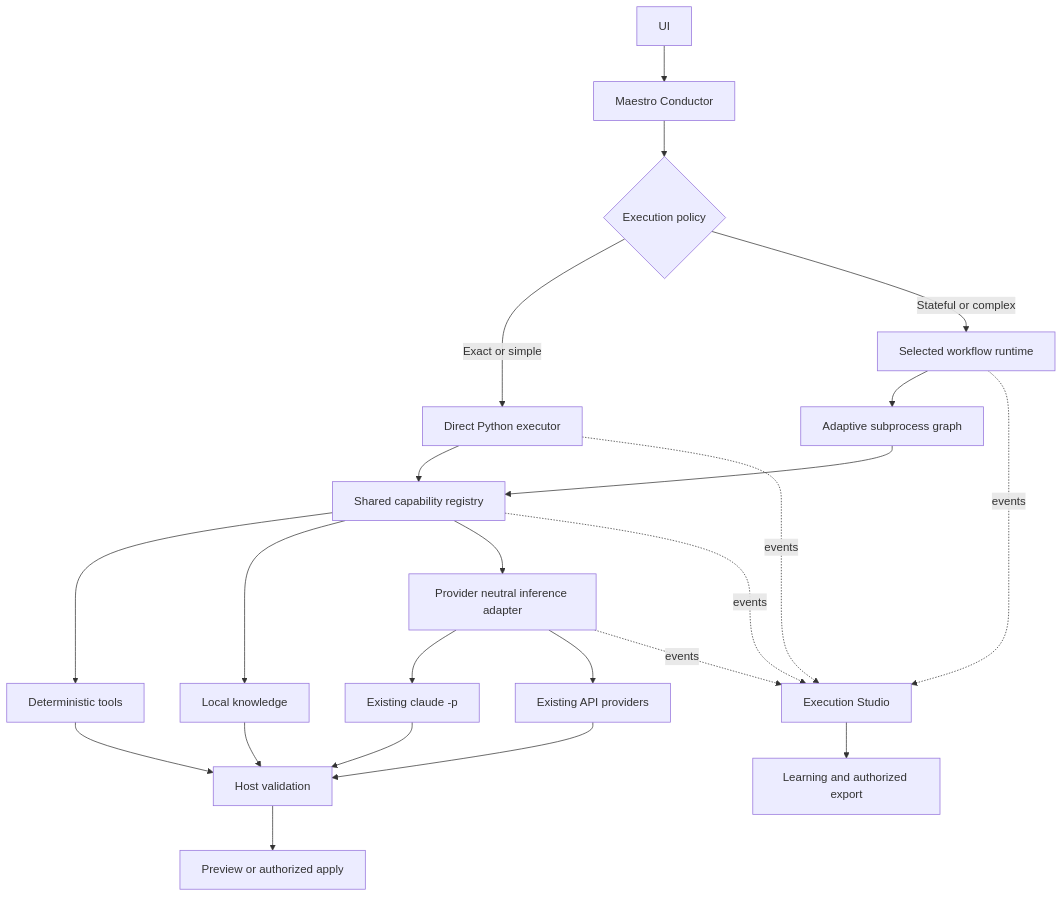
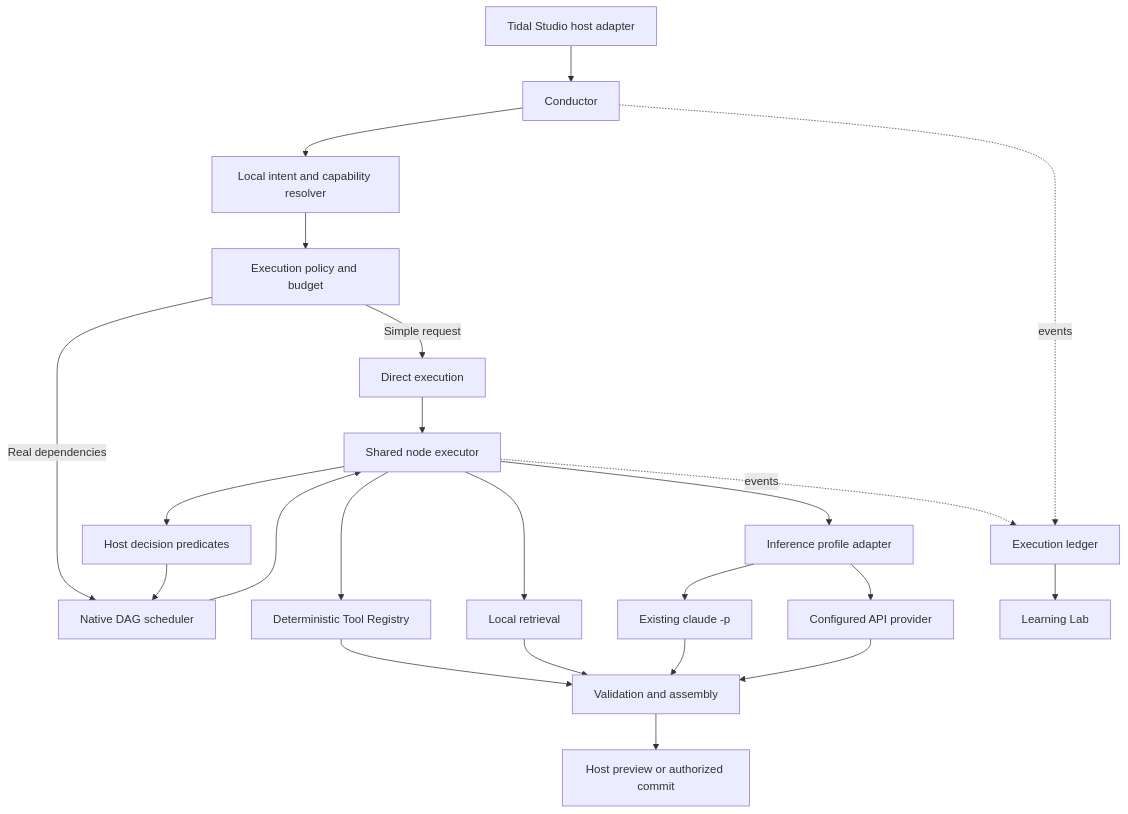
One commit to vsalesa/tidal-studio changed diagram 14 of 24 in docs/maestro-v2/EXECUTION_STUDIO_LEARNING_V24.en.md. Above: the diagram before and after it, drawn with Mermaid. The commit also changed other lines of this file, not shown here.

Commit message:
docs: specify approved portable Maestro Core, native orchestration engine and JSON-compatible serialization

````diff
--- a/docs/maestro-v2/EXECUTION_STUDIO_LEARNING_V24.en.md
+++ b/docs/maestro-v2/EXECUTION_STUDIO_LEARNING_V24.en.md
@@ -543,25 +531,25 @@
 ```mermaid
 flowchart TD
- U[UI] --> C[Maestro Conductor]
- C --> P{Execution policy}
- P -->|Exact or simple| D[Direct Python executor]
- P -->|Stateful or complex| G[Selected workflow runtime]
- G --> S[Adaptive subprocess graph]
- D --> R[Shared capability registry]
- S --> R
- R --> T[Deterministic tools]
- R --> K[Local knowledge]
- R --> I[Provider neutral inference adapter]
+ UI[Tidal Studio host adapter] --> C[Conductor]
+ C --> R[Local intent and capability resolver]
+ R --> P[Execution policy and budget]
+ P -->|Simple request| D[Direct execution]
+ P -->|Real dependencies| S[Native DAG scheduler]
+ D --> X[Shared node executor]
+ S --> X
+ X --> T[Deterministic Tool Registry]
+ X --> K[Local retrieval]
+ X --> I[Inference profile adapter]
+ X --> J[Host decision predicates]
  I --> CLI[Existing claude -p]
- I --> API[Existing API providers]
- T --> V[Host validation]
+ I --> API[Configured API provider]
+ T --> V[Validation and assembly]
  K --> V
+ J --> S
  CLI --> V
  API --> V
- V --> A[Preview or authorized apply]
- G -. events .-> E[Execution Studio]
- D -. events .-> E
- I -. events .-> E
- R -. events .-> E
- E --> L[Learning and authorized export]
+ V --> H[Host preview or authorized commit]
+ X -. events .-> E[Execution ledger]
+ C -. events .-> E
+ E --> L[Learning Lab]
 ```
````
